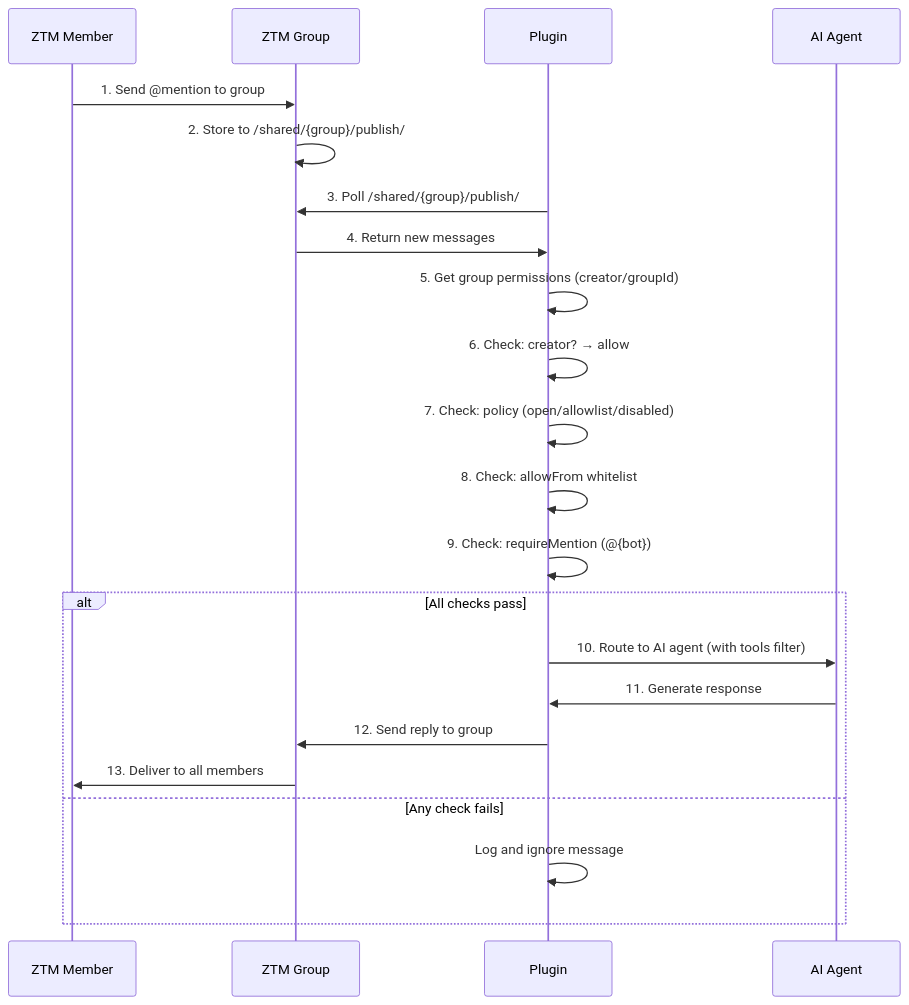
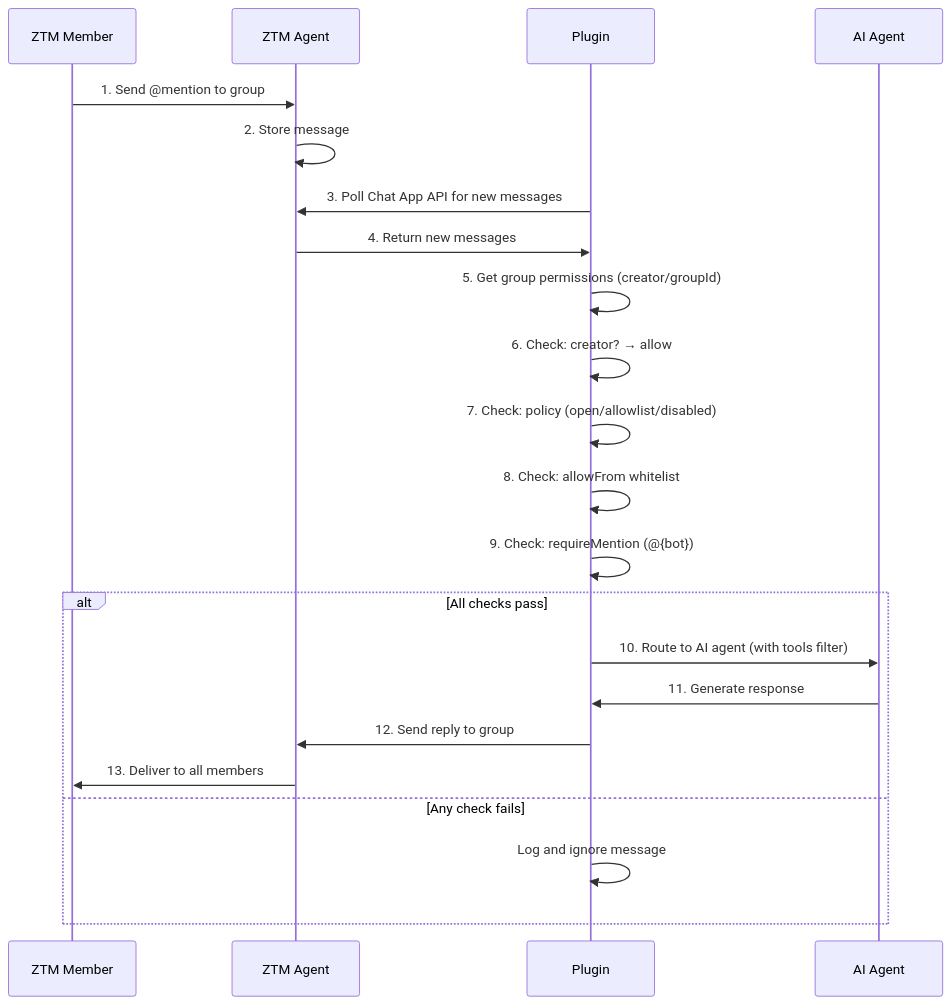
One commit to clawparty-ai/openclaw-channel-plugin-ztm changed the fourth of 5 diagrams in README.md. Above: the diagram before and after it, drawn with Mermaid. The commit also changed other lines of this file, not shown here.

First line of the commit message:
docs: update README with ZTM API and test coverage

````diff
--- a/README.md
+++ b/README.md
@@ -491,25 +491,25 @@
 ```mermaid
 sequenceDiagram
     participant M as ZTM Member
-    participant G as ZTM Group
+    participant A as ZTM Agent
     participant P as Plugin
-    participant A as AI Agent
+    participant B as AI Agent
 
-    M->>G: 1. Send @mention to group
-    G->>G: 2. Store to /shared/{group}/publish/
-    P->>G: 3. Poll /shared/{group}/publish/
-    G->>P: 4. Return new messages
+    M->>A: 1. Send @mention to group
+    A->>A: 2. Store message
+    P->>A: 3. Poll Chat App API for new messages
+    A->>P: 4. Return new messages
     P->>P: 5. Get group permissions (creator/groupId)
     P->>P: 6. Check: creator? → allow
     P->>P: 7. Check: policy (open/allowlist/disabled)
     P->>P: 8. Check: allowFrom whitelist
     P->>P: 9. Check: requireMention (@{bot})
     alt All checks pass
-        P->>A: 10. Route to AI agent (with tools filter)
-        A->>P: 11. Generate response
-        P->>G: 12. Send reply to group
-        G->>M: 13. Deliver to all members
+        P->>B: 10. Route to AI agent (with tools filter)
+        B->>P: 11. Generate response
+        P->>A: 12. Send reply to group
+        A->>M: 13. Deliver to all members
     else Any check fails
         P->>P: Log and ignore message
     end
 ```
````
